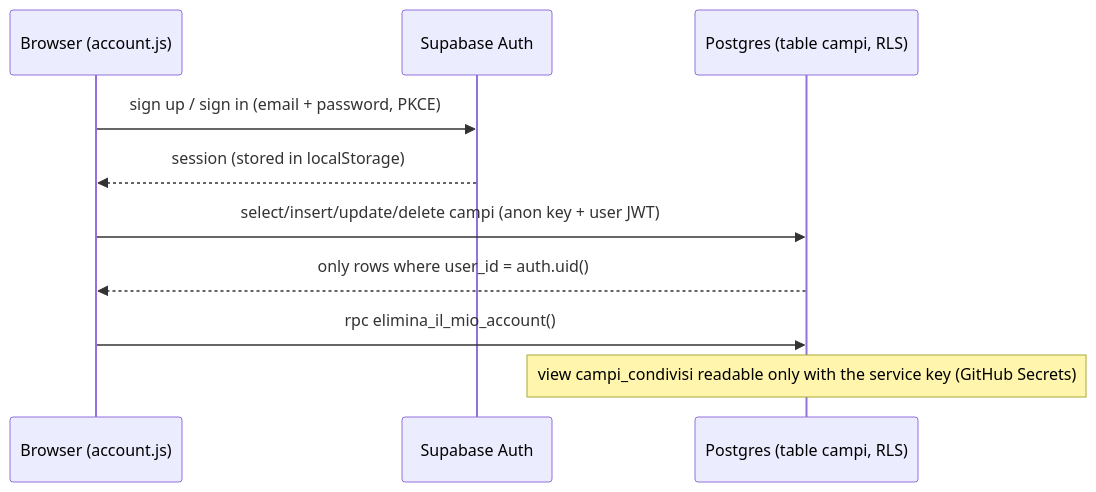
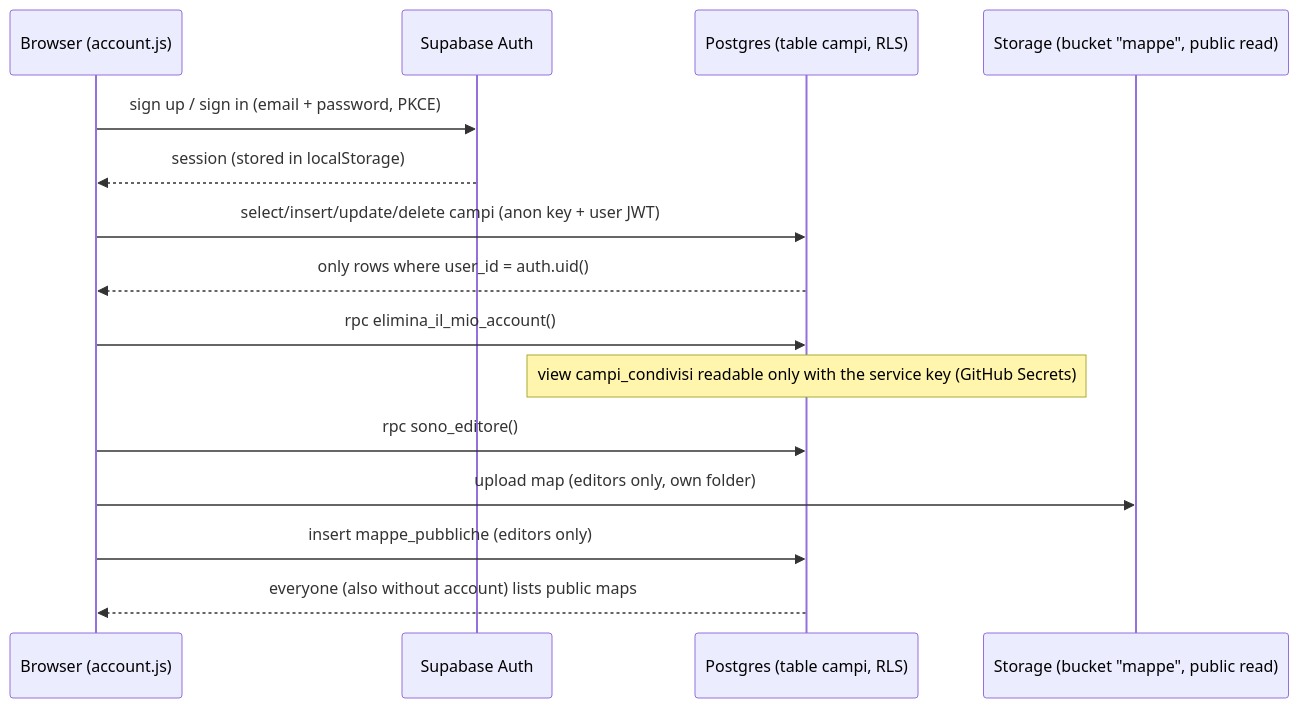
One commit to francescorossi3/campi-aperti changed the fifth of 5 diagrams in docs/HOW_IT_WORKS.md. Above: the diagram before and after it, drawn with Mermaid. The commit also changed other lines of this file and 2 other files, not shown here.

Commit message:
SUPABASE.md e docs: mappe pubbliche ed editori

````diff
--- a/docs/HOW_IT_WORKS.md
+++ b/docs/HOW_IT_WORKS.md
@@ -138,12 +138,17 @@
 ```mermaid
 sequenceDiagram
   participant U as Browser (account.js)
   participant S as Supabase Auth
   participant DB as Postgres (table campi, RLS)
   U->>S: sign up / sign in (email + password, PKCE)
   S-->>U: session (stored in localStorage)
   U->>DB: select/insert/update/delete campi (anon key + user JWT)
   DB-->>U: only rows where user_id = auth.uid()
   U->>DB: rpc elimina_il_mio_account()
   Note over DB: view campi_condivisi readable only with the service key (GitHub Secrets)
+  participant ST as Storage (bucket "mappe", public read)
+  U->>DB: rpc sono_editore()
+  U->>ST: upload map (editors only, own folder)
+  U->>DB: insert mappe_pubbliche (editors only)
+  DB-->>U: everyone (also without account) lists public maps
 ```
````
